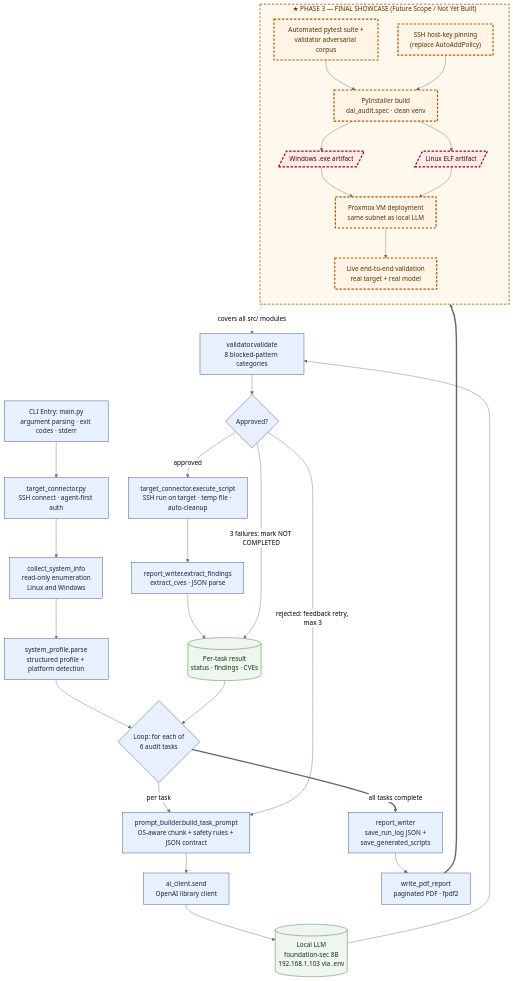
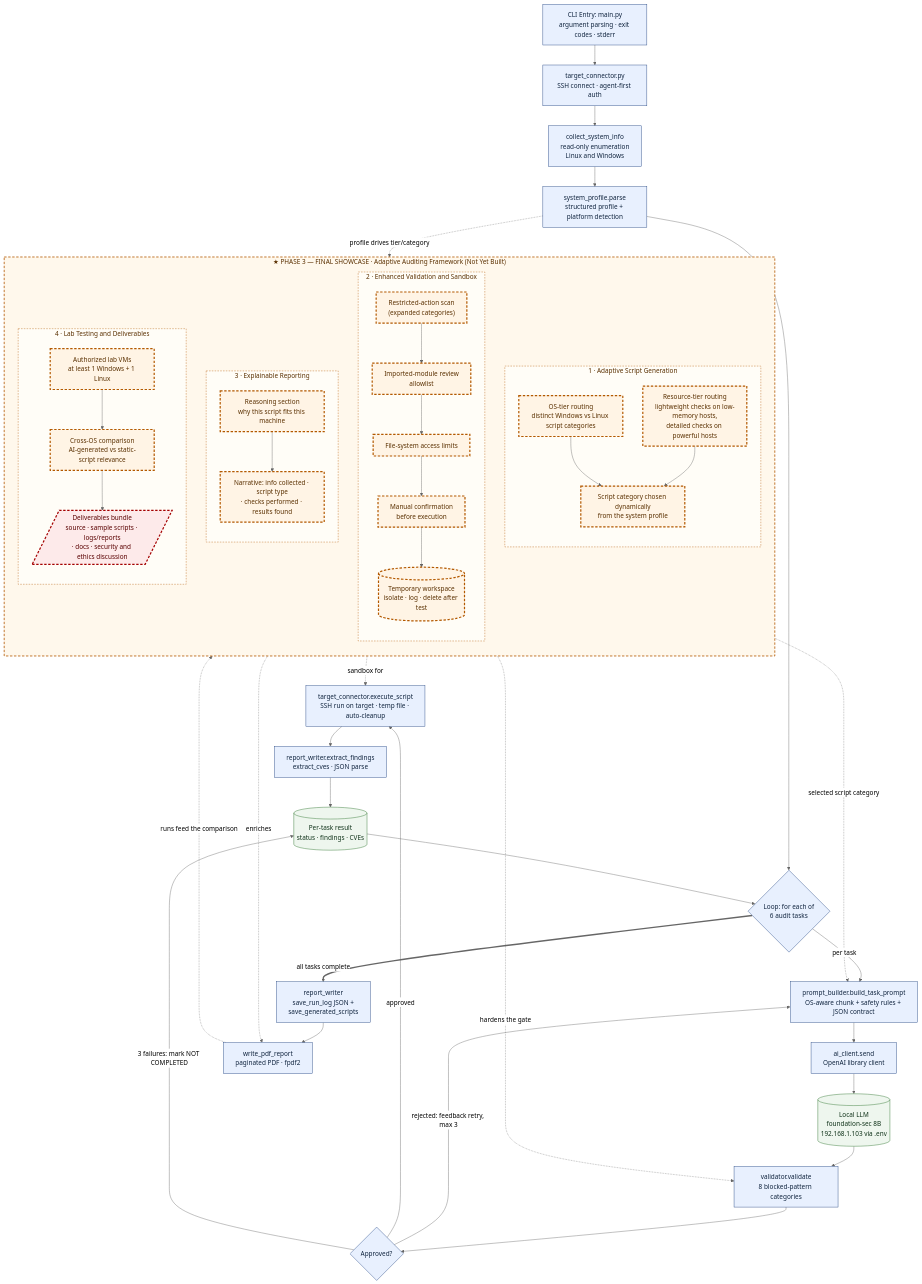
Before and after one commit to Xardana/LAIN-Security-Framework: the diagram in docs/phase3_flowchart.mmd, drawn with Mermaid (neutral theme). The commit also changed 1 other file, not shown here.

Commit message:
Rewrite Phase 3 scope: adaptive generation, validation/sandbox, explainable reporting, lab testing

```diff
--- a/docs/phase3_flowchart.mmd
+++ b/docs/phase3_flowchart.mmd
@@ -1,62 +1,90 @@
 flowchart TD
     %% ============ CURRENT FUNCTIONAL ELEMENTS (Phase 2 — working now) ============
     A["CLI Entry: main.py<br/>argument parsing · exit codes · stderr"]
     B["target_connector.py<br/>SSH connect · agent-first auth"]
     C["collect_system_info<br/>read-only enumeration<br/>Linux and Windows"]
     D["system_profile.parse<br/>structured profile + platform detection"]
     E{"Loop: for each of<br/>6 audit tasks"}
     F["prompt_builder.build_task_prompt<br/>OS-aware chunk + safety rules + JSON contract"]
     G["ai_client.send<br/>OpenAI library client"]
     H[("Local LLM<br/>foundation-sec 8B<br/>192.168.1.103 via .env")]
     I["validator.validate<br/>8 blocked-pattern categories"]
     J{"Approved?"}
     L["target_connector.execute_script<br/>SSH run on target · temp file · auto-cleanup"]
     M["report_writer.extract_findings<br/>extract_cves · JSON parse"]
     RES[("Per-task result<br/>status · findings · CVEs")]
     N["report_writer<br/>save_run_log JSON +<br/>save_generated_scripts"]
     O["write_pdf_report<br/>paginated PDF · fpdf2"]
 
     A --> B --> C --> D --> E
     E -->|"per task"| F --> G --> H --> I --> J
     J -->|"rejected: feedback retry, max 3"| F
     J -->|"approved"| L --> M --> RES
     J -->|"3 failures: mark NOT COMPLETED"| RES
     RES --> E
     E ==>|"all tasks complete"| N
     N --> O
 
-    %% ============ PHASE 3 — FINAL SHOWCASE (future scope) ============
-    subgraph PHASE3["★ PHASE 3 — FINAL SHOWCASE  (Future Scope / Not Yet Built)"]
+    %% ============ PHASE 3 — FINAL SHOWCASE: ADAPTIVE AUDITING FRAMEWORK ============
+    subgraph PHASE3["★ PHASE 3 — FINAL SHOWCASE · Adaptive Auditing Framework (Not Yet Built)"]
         direction TB
-        TEST["Automated pytest suite +<br/>validator adversarial corpus"]
-        HARD["SSH host-key pinning<br/>(replace AutoAddPolicy)"]
-        PKG["PyInstaller build<br/>dai_audit.spec · clean venv"]
-        EXE[/"Windows .exe artifact"/]
-        ELF[/"Linux ELF artifact"/]
-        PROX["Proxmox VM deployment<br/>same subnet as local LLM"]
-        LIVE["Live end-to-end validation<br/>real target + real model"]
 
-        TEST --> PKG
-        HARD --> PKG
-        PKG --> EXE
-        PKG --> ELF
-        EXE --> PROX
-        ELF --> PROX
-        PROX --> LIVE
+        subgraph ADAPT["1 · Adaptive Script Generation"]
+            direction TB
+            AG1["OS-tier routing<br/>distinct Windows vs Linux script categories"]
+            AG2["Resource-tier routing<br/>lightweight checks on low-memory hosts,<br/>detailed checks on powerful hosts"]
+            AG3["Script category chosen dynamically<br/>from the system profile"]
+            AG1 --> AG3
+            AG2 --> AG3
+        end
+
+        subgraph VALID["2 · Enhanced Validation and Sandbox"]
+            direction TB
+            EV1["Restricted-action scan<br/>(expanded categories)"]
+            EV2["Imported-module review<br/>allowlist"]
+            EV3["File-system access limits"]
+            EV4["Manual confirmation<br/>before execution"]
+            EV5[("Temporary workspace<br/>isolate · log · delete after test")]
+            EV1 --> EV2 --> EV3 --> EV4 --> EV5
+        end
+
+        subgraph REPORT["3 · Explainable Reporting"]
+            direction TB
+            ER1["Reasoning section<br/>why this script fits this machine"]
+            ER2["Narrative: info collected · script type<br/>· checks performed · results found"]
+            ER1 --> ER2
+        end
+
+        subgraph LAB["4 · Lab Testing and Deliverables"]
+            direction TB
+            LT1["Authorized lab VMs<br/>at least 1 Windows + 1 Linux"]
+            LT2["Cross-OS comparison<br/>AI-generated vs static-script relevance"]
+            LT3[/"Deliverables bundle<br/>source · sample scripts · logs/reports<br/>· docs · security and ethics discussion"/]
+            LT1 --> LT2 --> LT3
+        end
     end
 
-    O ==> PKG
-    TEST -.->|"covers all src/ modules"| I
+    %% --- how Phase 3 work extends the current pipeline (dotted = enhances) ---
+    D -.->|"profile drives tier/category"| ADAPT
+    ADAPT -.->|"selected script category"| F
+    VALID -.->|"hardens the gate"| I
+    EV5 -.->|"sandbox for"| L
+    REPORT -.->|"enriches"| O
+    O -.->|"runs feed the comparison"| LAB
 
     %% ============ STYLING ============
     classDef current fill:#e8f0fe,stroke:#1a3d7c,stroke-width:1px,color:#10243e;
     classDef store fill:#eef6ee,stroke:#1f6b1f,stroke-width:1px,color:#10331a;
     classDef future fill:#fff4e5,stroke:#b35900,stroke-width:3px,stroke-dasharray:6 4,color:#5a3000;
     classDef artifact fill:#fdeaea,stroke:#a40000,stroke-width:3px,stroke-dasharray:6 4,color:#5a0000;
 
     class A,B,C,D,E,F,G,I,J,L,M,N,O current;
     class H,RES store;
-    class TEST,HARD,PKG,PROX,LIVE future;
-    class EXE,ELF artifact;
+    class AG1,AG2,AG3,EV1,EV2,EV3,EV4,EV5,ER1,ER2,LT1,LT2 future;
+    class LT3 artifact;
 
     style PHASE3 fill:#fff8ec,stroke:#b35900,stroke-width:2px,stroke-dasharray:6 4,color:#5a3000;
+    style ADAPT fill:#fffdf7,stroke:#b35900,stroke-width:1px,stroke-dasharray:4 3,color:#5a3000;
+    style VALID fill:#fffdf7,stroke:#b35900,stroke-width:1px,stroke-dasharray:4 3,color:#5a3000;
+    style REPORT fill:#fffdf7,stroke:#b35900,stroke-width:1px,stroke-dasharray:4 3,color:#5a3000;
+    style LAB fill:#fffdf7,stroke:#b35900,stroke-width:1px,stroke-dasharray:4 3,color:#5a3000;
```
